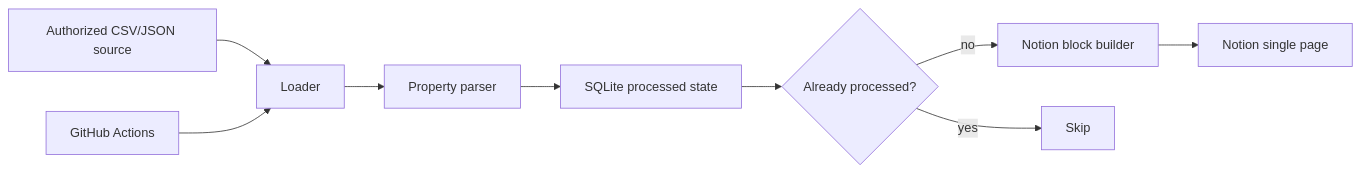
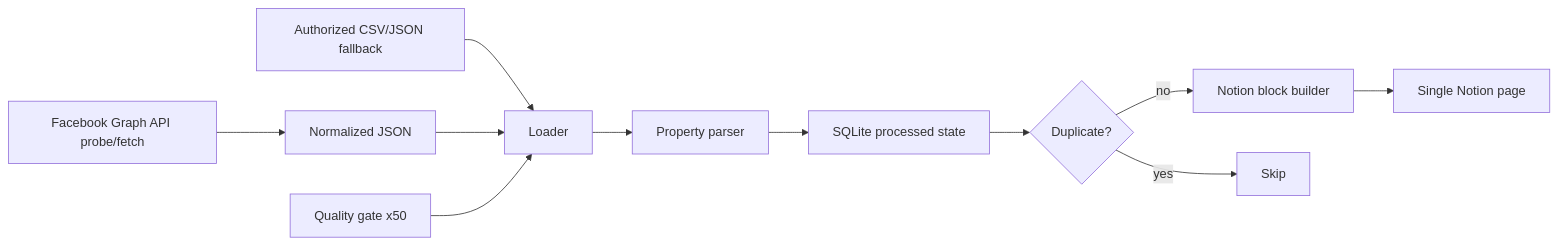
One commit to univcorp2-ctrl/facebook-group-notion-property-logger changed the diagram in README.md. Above: the diagram before and after it, drawn with Mermaid. The commit also changed other lines of this file, not shown here.

Commit message:
Update README with API probe quality gate and CI activation notes

````diff
--- a/README.md
+++ b/README.md
@@ -77,11 +132,13 @@
 ```mermaid
 flowchart LR
-  A[Authorized CSV/JSON source] --> B[Loader]
-  B --> C[Property parser]
-  C --> D[SQLite processed state]
-  D --> E{Already processed?}
-  E -- no --> F[Notion block builder]
-  F --> G[Notion single page]
-  E -- yes --> H[Skip]
-  I[GitHub Actions] --> B
+  A[Facebook Graph API probe/fetch] --> B[Normalized JSON]
+  C[Authorized CSV/JSON fallback] --> D[Loader]
+  B --> D
+  D --> E[Property parser]
+  E --> F[SQLite processed state]
+  F --> G{Duplicate?}
+  G -- no --> H[Notion block builder]
+  H --> I[Single Notion page]
+  G -- yes --> J[Skip]
+  K[Quality gate x50] --> D
 ```
````
